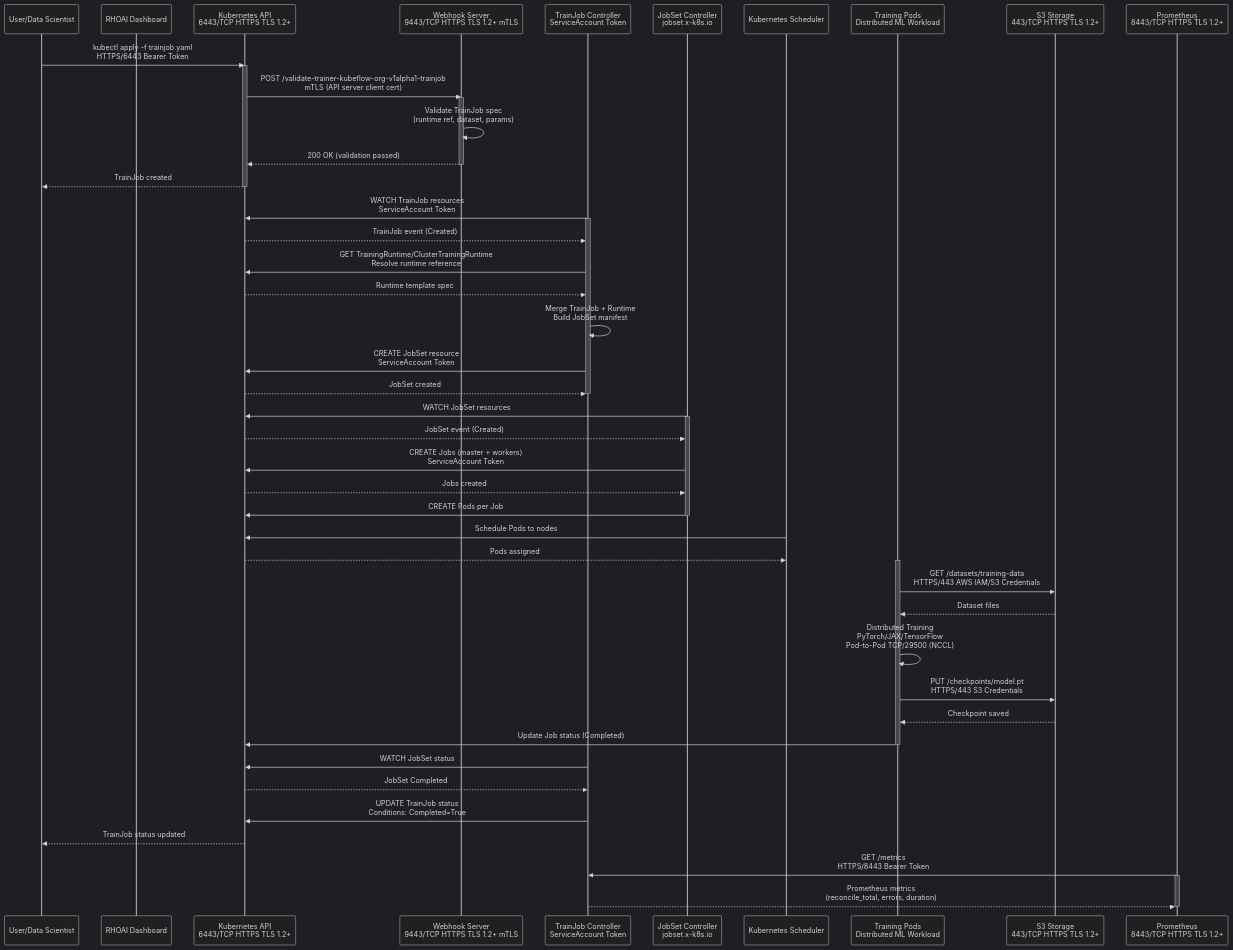
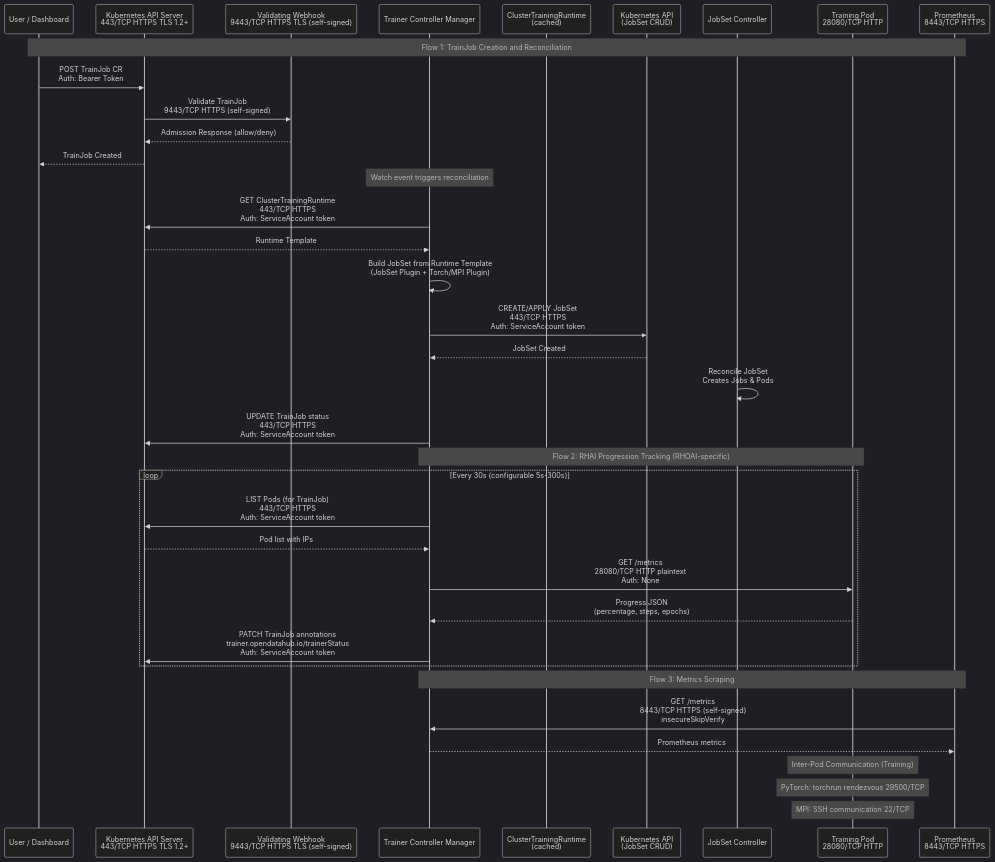
Before and after one commit to rhuss/architecture-context: the diagram in architecture/rhoai-3.2/diagrams/trainer-dataflow.mmd, drawn with Mermaid (dark theme). The commit also changed 765 other files, not shown here.

```diff
--- a/architecture/rhoai-3.2/diagrams/trainer-dataflow.mmd
+++ b/architecture/rhoai-3.2/diagrams/trainer-dataflow.mmd
@@ -1,66 +1,56 @@
+%% Trainer Data Flow Diagram
+%% Generated by: Claude Opus 4.6
+%% Source: architecture/rhoai-3.2/trainer.md
+
 sequenceDiagram
-    participant User as User/Data Scientist
-    participant Dashboard as RHOAI Dashboard
-    participant K8sAPI as Kubernetes API<br/>6443/TCP HTTPS TLS 1.2+
-    participant Webhook as Webhook Server<br/>9443/TCP HTTPS TLS 1.2+ mTLS
-    participant TrainJobCtrl as TrainJob Controller<br/>ServiceAccount Token
-    participant JobSetCtrl as JobSet Controller<br/>jobset.x-k8s.io
-    participant Scheduler as Kubernetes Scheduler
-    participant TrainingPods as Training Pods<br/>Distributed ML Workload
-    participant S3 as S3 Storage<br/>443/TCP HTTPS TLS 1.2+
-    participant Prometheus as Prometheus<br/>8443/TCP HTTPS TLS 1.2+
+    participant User as User / Dashboard
+    participant K8sAPI as Kubernetes API Server<br/>443/TCP HTTPS TLS 1.2+
+    participant Webhook as Validating Webhook<br/>9443/TCP HTTPS TLS (self-signed)
+    participant Controller as Trainer Controller Manager
+    participant Runtime as ClusterTrainingRuntime<br/>(cached)
+    participant JobSetAPI as Kubernetes API<br/>(JobSet CRUD)
+    participant JobSetCtrl as JobSet Controller
+    participant TrainingPod as Training Pod<br/>28080/TCP HTTP
+    participant Prometheus as Prometheus<br/>8443/TCP HTTPS
 
-    %% Flow 1: TrainJob Submission
-    User->>K8sAPI: kubectl apply -f trainjob.yaml<br/>HTTPS/6443 Bearer Token
-    activate K8sAPI
-    K8sAPI->>Webhook: POST /validate-trainer-kubeflow-org-v1alpha1-trainjob<br/>mTLS (API server client cert)
-    activate Webhook
-    Webhook->>Webhook: Validate TrainJob spec<br/>(runtime ref, dataset, params)
-    Webhook-->>K8sAPI: 200 OK (validation passed)
-    deactivate Webhook
-    K8sAPI-->>User: TrainJob created
-    deactivate K8sAPI
+    Note over User,Prometheus: Flow 1: TrainJob Creation and Reconciliation
 
-    %% Flow 2: Controller Reconciliation
-    TrainJobCtrl->>K8sAPI: WATCH TrainJob resources<br/>ServiceAccount Token
-    activate TrainJobCtrl
-    K8sAPI-->>TrainJobCtrl: TrainJob event (Created)
-    TrainJobCtrl->>K8sAPI: GET TrainingRuntime/ClusterTrainingRuntime<br/>Resolve runtime reference
-    K8sAPI-->>TrainJobCtrl: Runtime template spec
-    TrainJobCtrl->>TrainJobCtrl: Merge TrainJob + Runtime<br/>Build JobSet manifest
-    TrainJobCtrl->>K8sAPI: CREATE JobSet resource<br/>ServiceAccount Token
-    K8sAPI-->>TrainJobCtrl: JobSet created
-    deactivate TrainJobCtrl
+    User->>K8sAPI: POST TrainJob CR<br/>Auth: Bearer Token
+    K8sAPI->>Webhook: Validate TrainJob<br/>9443/TCP HTTPS (self-signed)
+    Webhook-->>K8sAPI: Admission Response (allow/deny)
+    K8sAPI-->>User: TrainJob Created
 
-    %% Flow 3: JobSet to Pods
-    JobSetCtrl->>K8sAPI: WATCH JobSet resources
-    activate JobSetCtrl
-    K8sAPI-->>JobSetCtrl: JobSet event (Created)
-    JobSetCtrl->>K8sAPI: CREATE Jobs (master + workers)<br/>ServiceAccount Token
-    K8sAPI-->>JobSetCtrl: Jobs created
-    JobSetCtrl->>K8sAPI: CREATE Pods per Job
-    deactivate JobSetCtrl
-    Scheduler->>K8sAPI: Schedule Pods to nodes
-    K8sAPI-->>Scheduler: Pods assigned
+    Note over Controller: Watch event triggers reconciliation
 
-    %% Flow 4: Training Execution
-    activate TrainingPods
-    TrainingPods->>S3: GET /datasets/training-data<br/>HTTPS/443 AWS IAM/S3 Credentials
-    S3-->>TrainingPods: Dataset files
-    TrainingPods->>TrainingPods: Distributed Training<br/>PyTorch/JAX/TensorFlow<br/>Pod-to-Pod TCP/29500 (NCCL)
-    TrainingPods->>S3: PUT /checkpoints/model.pt<br/>HTTPS/443 S3 Credentials
-    S3-->>TrainingPods: Checkpoint saved
-    TrainingPods->>K8sAPI: Update Job status (Completed)
-    deactivate TrainingPods
+    Controller->>K8sAPI: GET ClusterTrainingRuntime<br/>443/TCP HTTPS<br/>Auth: ServiceAccount token
+    K8sAPI-->>Controller: Runtime Template
 
-    %% Flow 5: Status Updates
-    TrainJobCtrl->>K8sAPI: WATCH JobSet status
-    K8sAPI-->>TrainJobCtrl: JobSet Completed
-    TrainJobCtrl->>K8sAPI: UPDATE TrainJob status<br/>Conditions: Completed=True
-    K8sAPI-->>User: TrainJob status updated
+    Controller->>Controller: Build JobSet from Runtime Template<br/>(JobSet Plugin + Torch/MPI Plugin)
 
-    %% Flow 6: Metrics Collection
-    Prometheus->>TrainJobCtrl: GET /metrics<br/>HTTPS/8443 Bearer Token
-    activate Prometheus
-    TrainJobCtrl-->>Prometheus: Prometheus metrics<br/>(reconcile_total, errors, duration)
-    deactivate Prometheus
+    Controller->>JobSetAPI: CREATE/APPLY JobSet<br/>443/TCP HTTPS<br/>Auth: ServiceAccount token
+    JobSetAPI-->>Controller: JobSet Created
+
+    JobSetCtrl->>JobSetCtrl: Reconcile JobSet<br/>Creates Jobs & Pods
+
+    Controller->>K8sAPI: UPDATE TrainJob status<br/>443/TCP HTTPS<br/>Auth: ServiceAccount token
+
+    Note over Controller,TrainingPod: Flow 2: RHAI Progression Tracking (RHOAI-specific)
+
+    loop Every 30s (configurable 5s-300s)
+        Controller->>K8sAPI: LIST Pods (for TrainJob)<br/>443/TCP HTTPS<br/>Auth: ServiceAccount token
+        K8sAPI-->>Controller: Pod list with IPs
+
+        Controller->>TrainingPod: GET /metrics<br/>28080/TCP HTTP plaintext<br/>Auth: None
+        TrainingPod-->>Controller: Progress JSON<br/>(percentage, steps, epochs)
+
+        Controller->>K8sAPI: PATCH TrainJob annotations<br/>trainer.opendatahub.io/trainerStatus<br/>Auth: ServiceAccount token
+    end
+
+    Note over Prometheus,Controller: Flow 3: Metrics Scraping
+
+    Prometheus->>Controller: GET /metrics<br/>8443/TCP HTTPS (self-signed)<br/>insecureSkipVerify
+    Controller-->>Prometheus: Prometheus metrics
+
+    Note over TrainingPod: Inter-Pod Communication (Training)
+    Note over TrainingPod: PyTorch: torchrun rendezvous 29500/TCP
+    Note over TrainingPod: MPI: SSH communication 22/TCP
```
